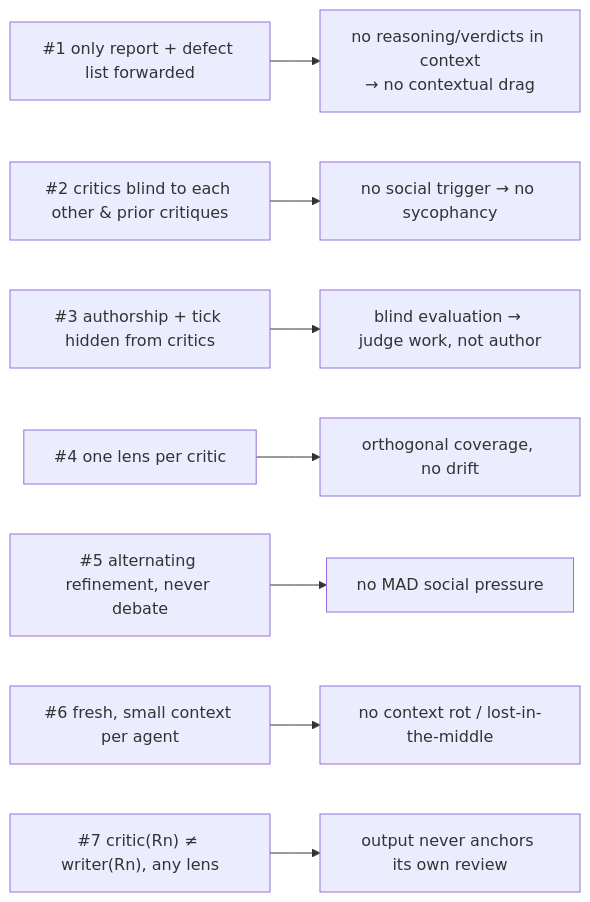
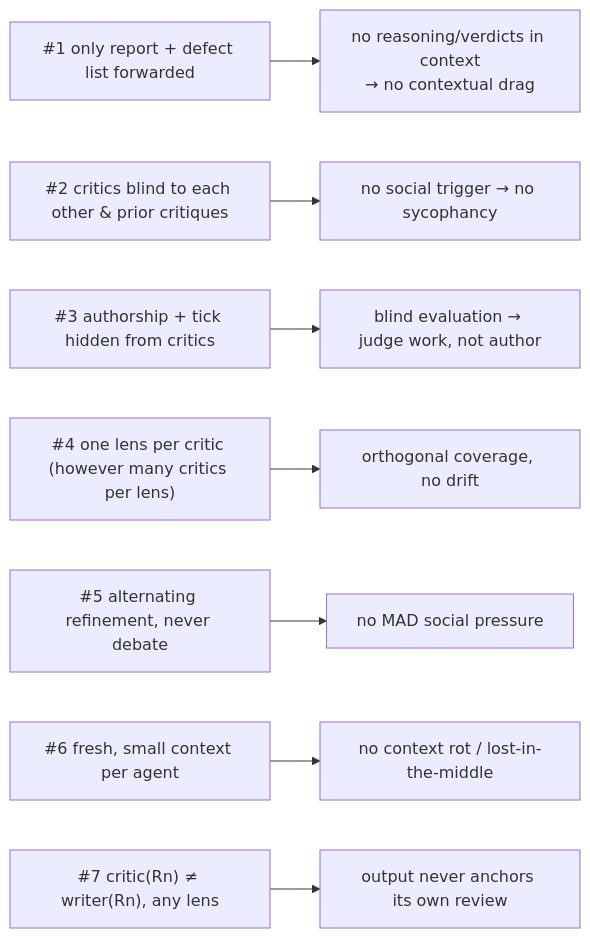
Before and after one commit to NickBorgers/reasonable-answer: the second of 4 diagrams in docs/isolation.md, drawn with Mermaid. The commit also changed other lines of this file and 18 other files, not shown here.

First line of the commit message:
feat(critique): run two independent critics per lens on every draft (D-front-loaded-depth)

````diff
--- a/docs/isolation.md
+++ b/docs/isolation.md
@@ -99,10 +110,10 @@
 ```mermaid
 flowchart LR
     P1["#1 only report + defect list forwarded"] --> E1["no reasoning/verdicts in context<br/>→ no contextual drag"]
     P2["#2 critics blind to each other &amp; prior critiques"] --> E2["no social trigger → no sycophancy"]
     P3["#3 authorship + tick hidden from critics"] --> E3["blind evaluation → judge work, not author"]
-    P4["#4 one lens per critic"] --> E4["orthogonal coverage, no drift"]
+    P4["#4 one lens per critic (however many critics per lens)"] --> E4["orthogonal coverage, no drift"]
     P5["#5 alternating refinement, never debate"] --> E5["no MAD social pressure"]
     P6["#6 fresh, small context per agent"] --> E6["no context rot / lost-in-the-middle"]
     P7["#7 critic(Rn) ≠ writer(Rn), any lens"] --> E7["output never anchors its own review"]
 ```
````
